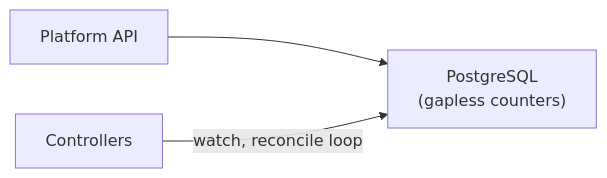
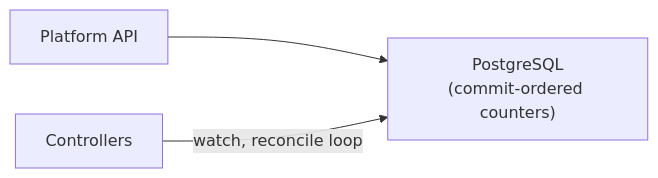
The second of 2 diagrams in ARCHITECTURE_COMPARISON.md (jmelis/postgres-controller-backend), drawn with Mermaid before and after one commit. The commit also changed other lines of this file and 27 other files, not shown here.

````diff
--- a/ARCHITECTURE_COMPARISON.md
+++ b/ARCHITECTURE_COMPARISON.md
@@ -18,5 +18,5 @@
 ```mermaid
 graph LR
-    API["Platform API"] --> PG["PostgreSQL\n(gapless counters)"]
+    API["Platform API"] --> PG["PostgreSQL\n(commit-ordered counters)"]
     Controllers -- "watch, reconcile loop" --> PG
 ```
````
